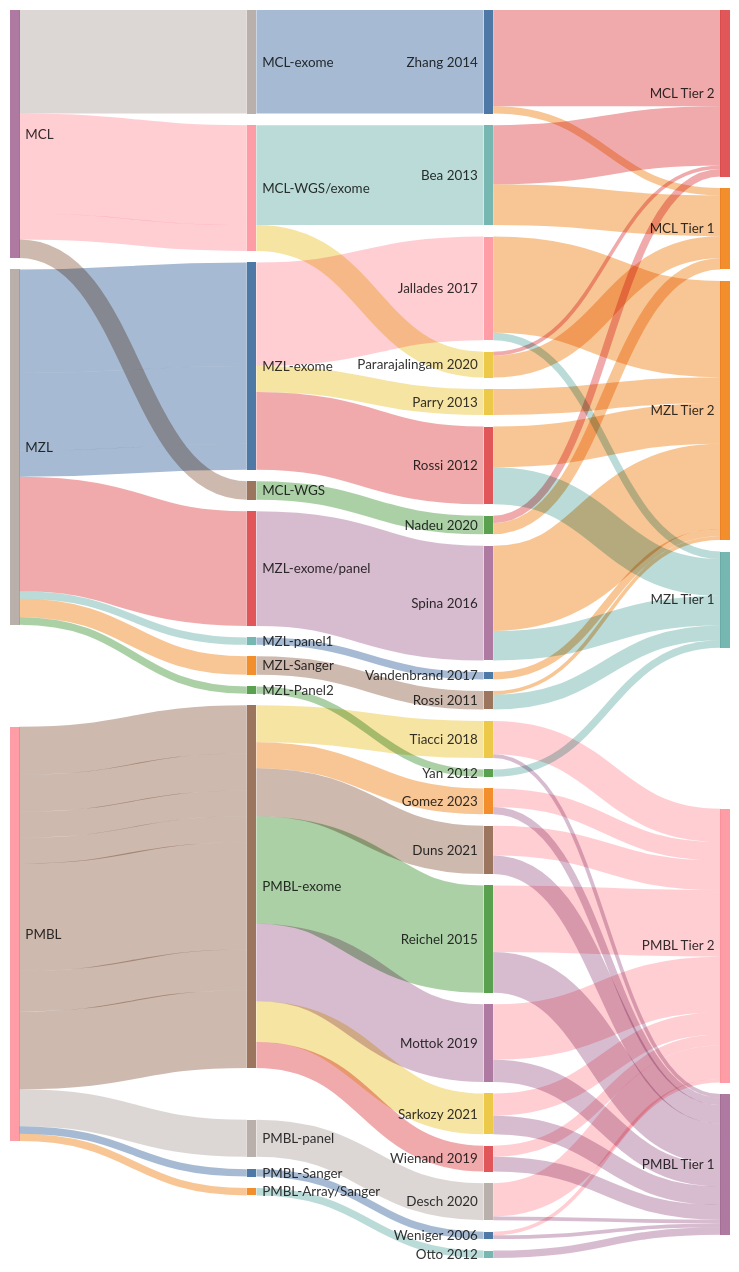
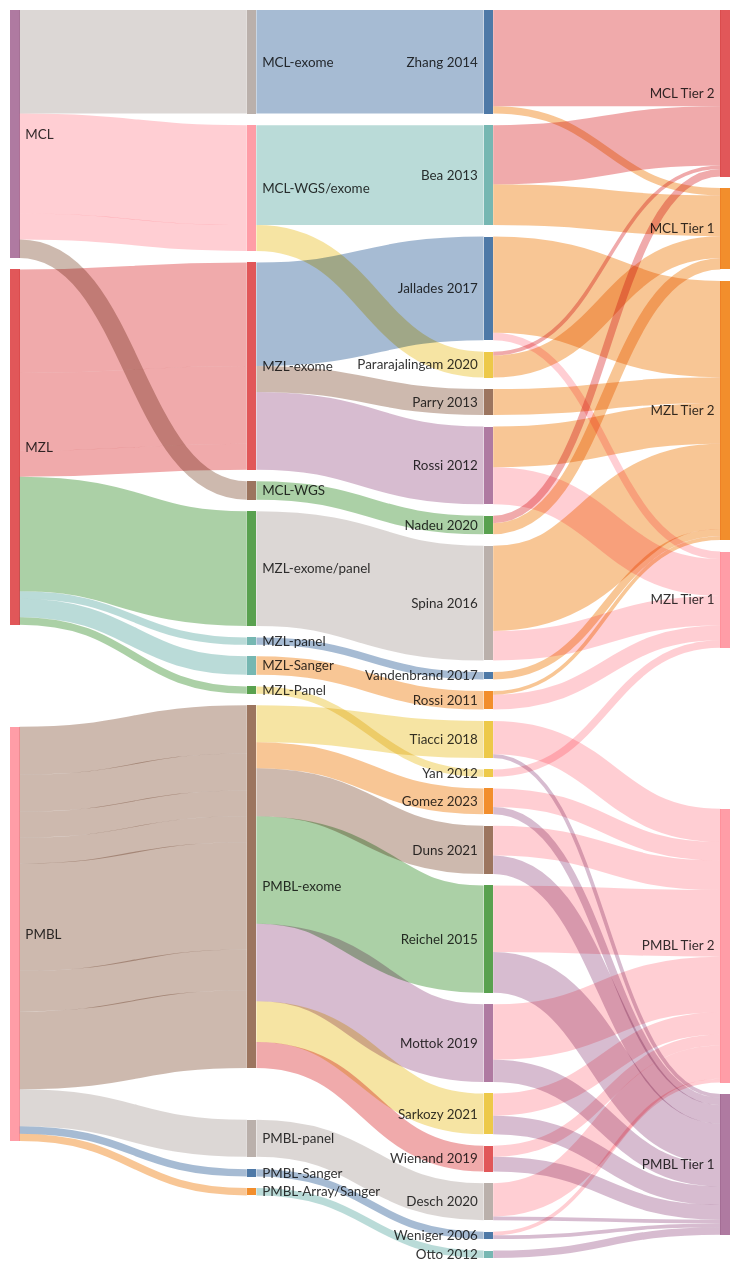
The second of 2 diagrams in Home.md (morinlab/lymphopedia), drawn with Mermaid before and after one commit.

```diff
--- a/Home.md
+++ b/Home.md
@@ -179,6 +179,10 @@
 MCL, MCL-exome, 28
 MCL-exome, Zhang 2014, 28
 Vandenbrand 2017, MZL Tier 2, 2
+MZL, MZL-panel, 2
+MZL-panel, Vandenbrand 2017, 2
+MZL, MZL-Panel, 2
+MZL-Panel, Yan 2012, 2
 Rossi 2012, MZL Tier 1, 10
 Rossi 2012, MZL Tier 2, 11
 Yan 2012, MZL Tier 1, 2
@@ -197,10 +201,9 @@
 MZL-exome/panel, Spina 2016, 31
 MZL, MZL-exome, 21
 MZL-exome, Rossi 2012, 21
-MZL-panel1, Vandenbrand 2017, 2
-MZL-Panel2, Yan 2012, 2
-MZL, MZL-panel1, 2
-MZL, MZL-Panel2, 2
+
+
+
 MZL, MZL-exome, 7
 MZL-exome, Parry 2013, 7
 Tiacci 2018, PMBL Tier 1, 1
```
